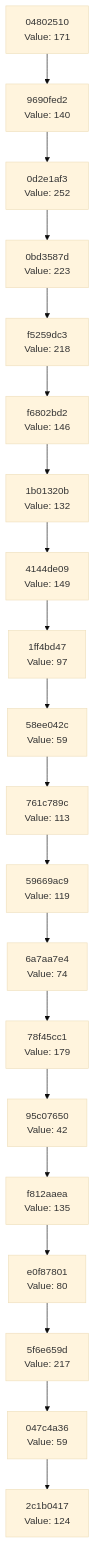
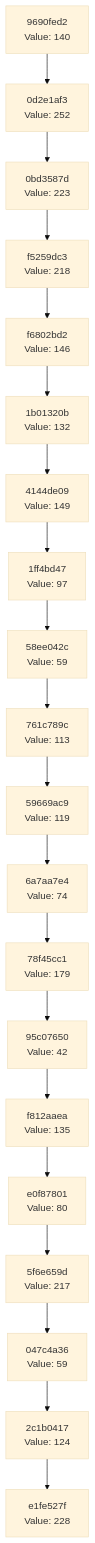
Before and after one commit to Abhisheksinha1506/hash-chain-evolver: the diagram in docs/CHAIN_VISUALIZATION.md, drawn with Mermaid (base theme). The commit also changed 2 other files, not shown here.

Commit message:
Evolution step: hash 0xE4 → action executed

````diff
--- a/docs/CHAIN_VISUALIZATION.md
+++ b/docs/CHAIN_VISUALIZATION.md
@@ -3,42 +3,42 @@
 ```mermaid
 graph TD
-    C0["2c1b0417<br/>Value: 124"]
-    C1["047c4a36<br/>Value: 59"]
+    C0["e1fe527f<br/>Value: 228"]
+    C1["2c1b0417<br/>Value: 124"]
     C1 --> C0
-    C2["5f6e659d<br/>Value: 217"]
+    C2["047c4a36<br/>Value: 59"]
     C2 --> C1
-    C3["e0f87801<br/>Value: 80"]
+    C3["5f6e659d<br/>Value: 217"]
     C3 --> C2
-    C4["f812aaea<br/>Value: 135"]
+    C4["e0f87801<br/>Value: 80"]
     C4 --> C3
-    C5["95c07650<br/>Value: 42"]
+    C5["f812aaea<br/>Value: 135"]
     C5 --> C4
-    C6["78f45cc1<br/>Value: 179"]
+    C6["95c07650<br/>Value: 42"]
     C6 --> C5
-    C7["6a7aa7e4<br/>Value: 74"]
+    C7["78f45cc1<br/>Value: 179"]
     C7 --> C6
-    C8["59669ac9<br/>Value: 119"]
+    C8["6a7aa7e4<br/>Value: 74"]
     C8 --> C7
-    C9["761c789c<br/>Value: 113"]
+    C9["59669ac9<br/>Value: 119"]
     C9 --> C8
-    C10["58ee042c<br/>Value: 59"]
+    C10["761c789c<br/>Value: 113"]
     C10 --> C9
-    C11["1ff4bd47<br/>Value: 97"]
+    C11["58ee042c<br/>Value: 59"]
     C11 --> C10
-    C12["4144de09<br/>Value: 149"]
+    C12["1ff4bd47<br/>Value: 97"]
     C12 --> C11
-    C13["1b01320b<br/>Value: 132"]
+    C13["4144de09<br/>Value: 149"]
     C13 --> C12
-    C14["f6802bd2<br/>Value: 146"]
+    C14["1b01320b<br/>Value: 132"]
     C14 --> C13
-    C15["f5259dc3<br/>Value: 218"]
+    C15["f6802bd2<br/>Value: 146"]
     C15 --> C14
-    C16["0bd3587d<br/>Value: 223"]
+    C16["f5259dc3<br/>Value: 218"]
     C16 --> C15
-    C17["0d2e1af3<br/>Value: 252"]
+    C17["0bd3587d<br/>Value: 223"]
     C17 --> C16
-    C18["9690fed2<br/>Value: 140"]
+    C18["0d2e1af3<br/>Value: 252"]
     C18 --> C17
-    C19["04802510<br/>Value: 171"]
+    C19["9690fed2<br/>Value: 140"]
     C19 --> C18
 ```
````
